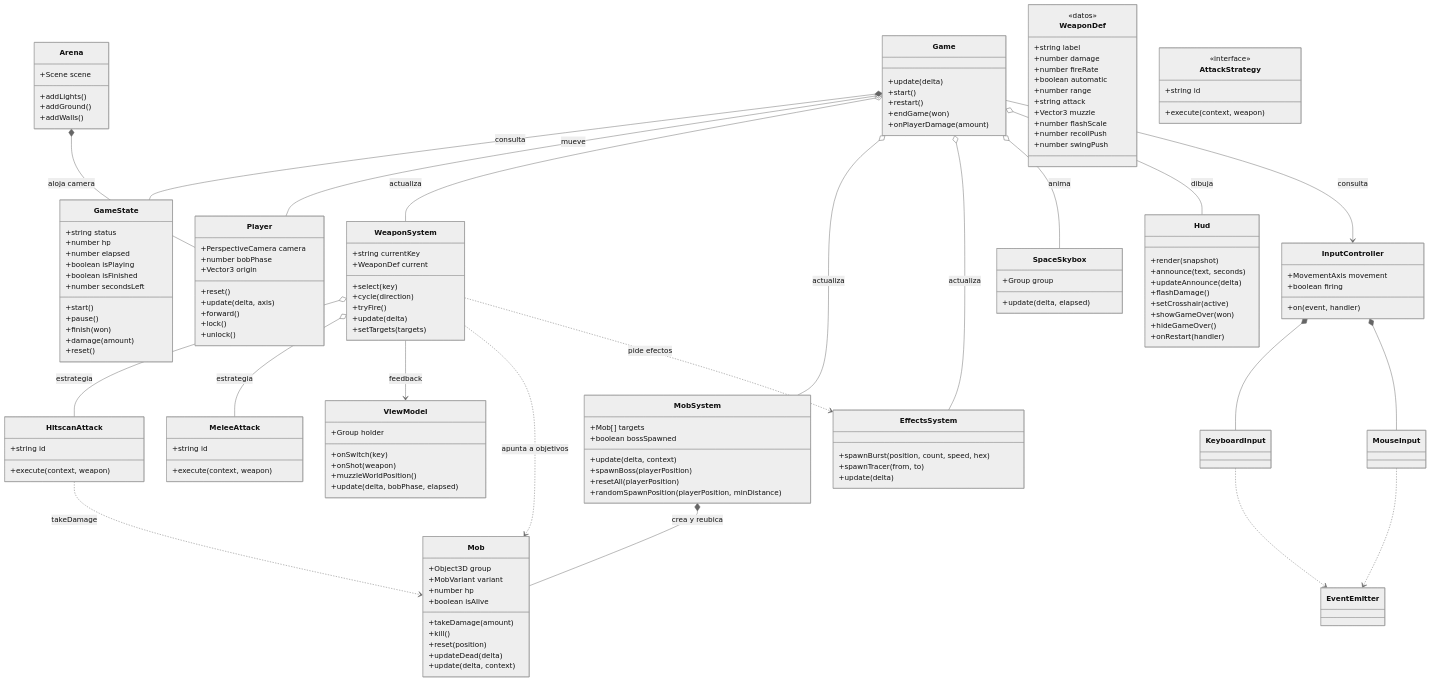
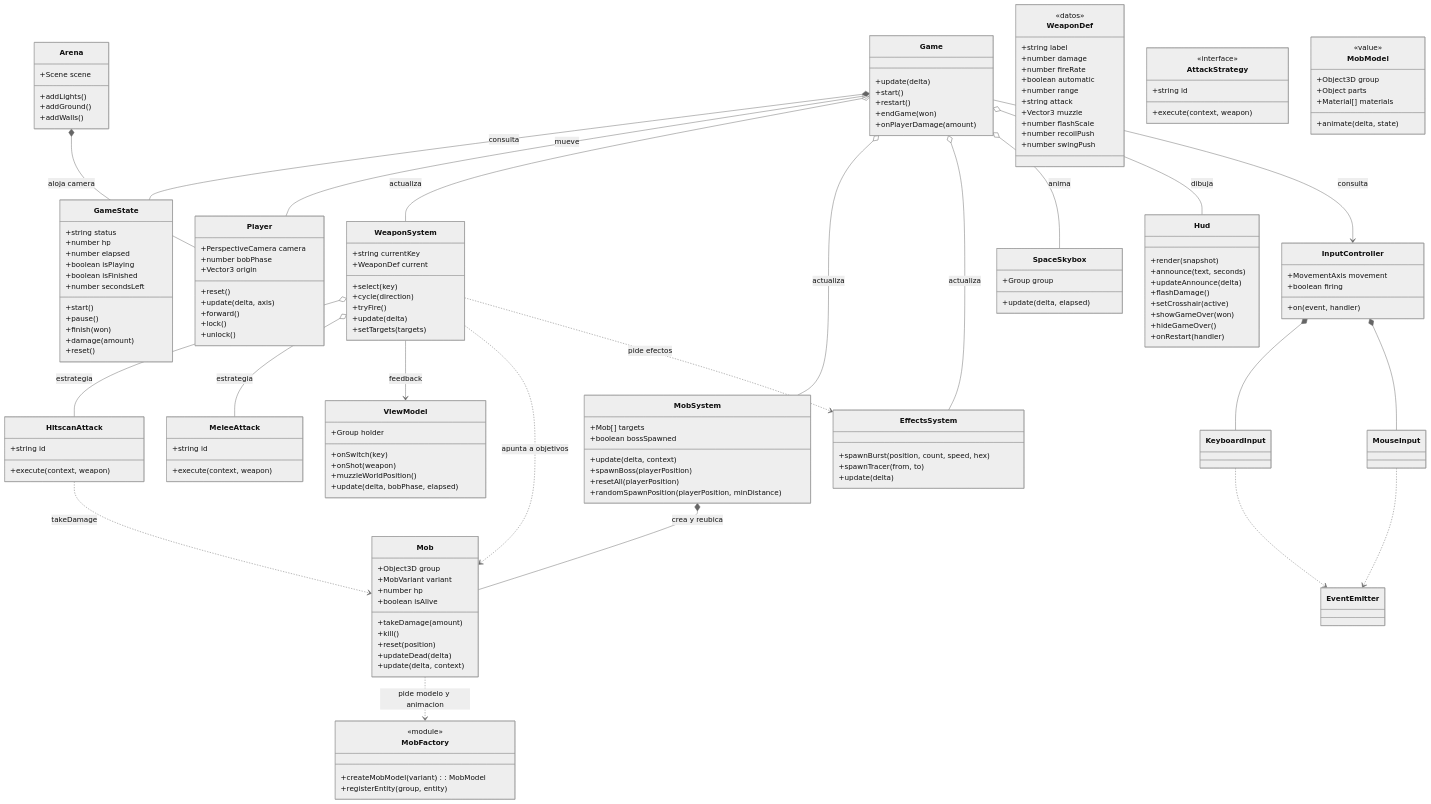
Before and after one commit to Lstevens/shooter-espacial-3d: the first of 5 diagrams in ARCHITECTURE.md, drawn with Mermaid (neutral theme). The commit also changed other lines of this file and 15 other files, not shown here.

```diff
--- a/ARCHITECTURE.md
+++ b/ARCHITECTURE.md
@@ -140,6 +140,20 @@
         +update(delta, context)
     }
 
+    class MobFactory {
+        <<module>>
+        +createMobModel(variant) : MobModel
+        +registerEntity(group, entity)
+    }
+
+    class MobModel {
+        <<value>>
+        +Object3D group
+        +Object parts
+        +Material[] materials
+        +animate(delta, state)
+    }
+
     class MobSystem {
         +Mob[] targets
         +boolean bossSpawned
@@ -180,6 +194,8 @@
     Game o-- Player : mueve
     Game o-- WeaponSystem : actualiza
     Game o-- MobSystem : actualiza
+    MobSystem *-- Mob : crea y reubica
+    Mob ..> MobFactory : pide modelo y animacion
     Game o-- EffectsSystem : actualiza
     Game o-- SpaceSkybox : anima
     Game o-- Hud : dibuja
@@ -191,7 +207,6 @@
     WeaponSystem ..> Mob : apunta a objetivos
     WeaponSystem ..> EffectsSystem : pide efectos
     HitscanAttack ..> Mob : takeDamage
-    MobSystem *-- Mob : crea y reubica
     InputController *-- KeyboardInput
     InputController *-- MouseInput
     KeyboardInput ..> EventEmitter
```
